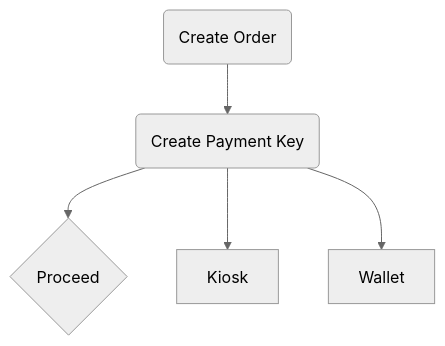
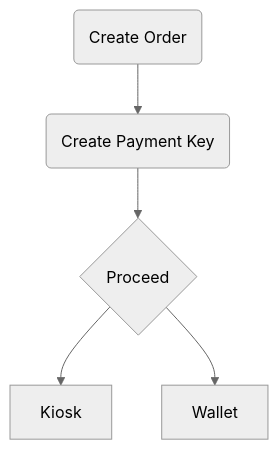
The second of 2 diagrams in docs/services/accept.md (muhammedattif/Paymob-Solutions), drawn with Mermaid (neutral theme) before and after one commit. The commit also changed other lines of this file and 1 other file, not shown here.

````diff
--- a/docs/services/accept.md
+++ b/docs/services/accept.md
@@ -23,7 +23,7 @@
 ```mermaid
 flowchart TD
     A(Create Order) --> B(Create Payment Key)
     B --> C{Proceed}
-    B --> D[Kiosk]
-    B --> E[Wallet]
+    C --> D[Kiosk]
+    C --> E[Wallet]
 ```
````
